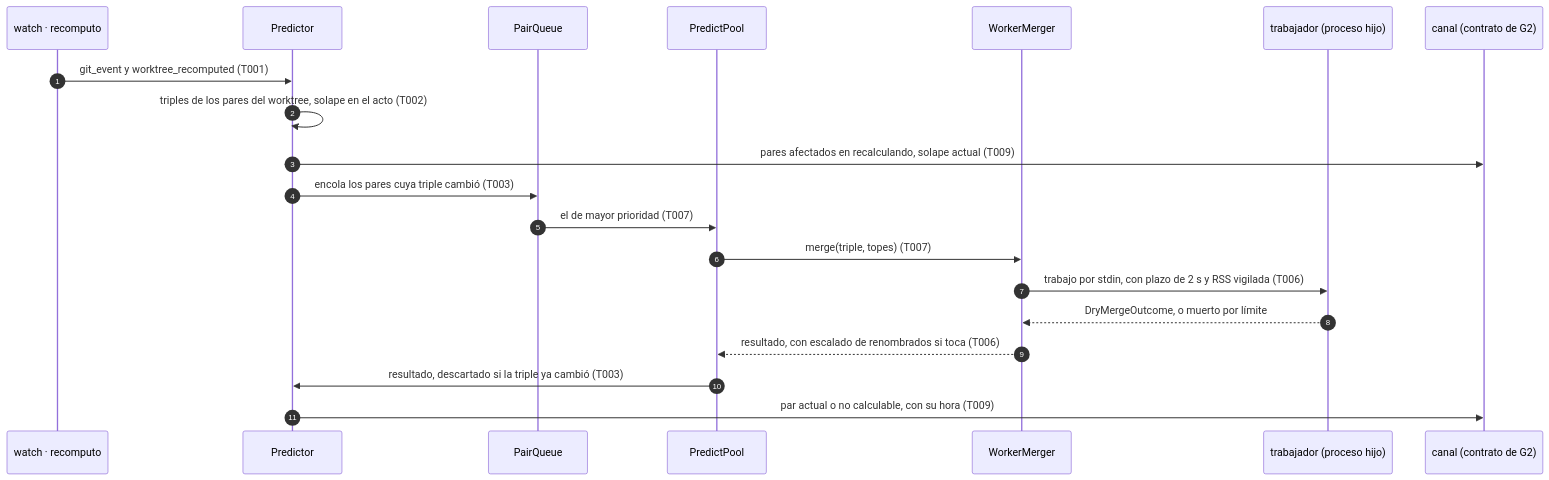
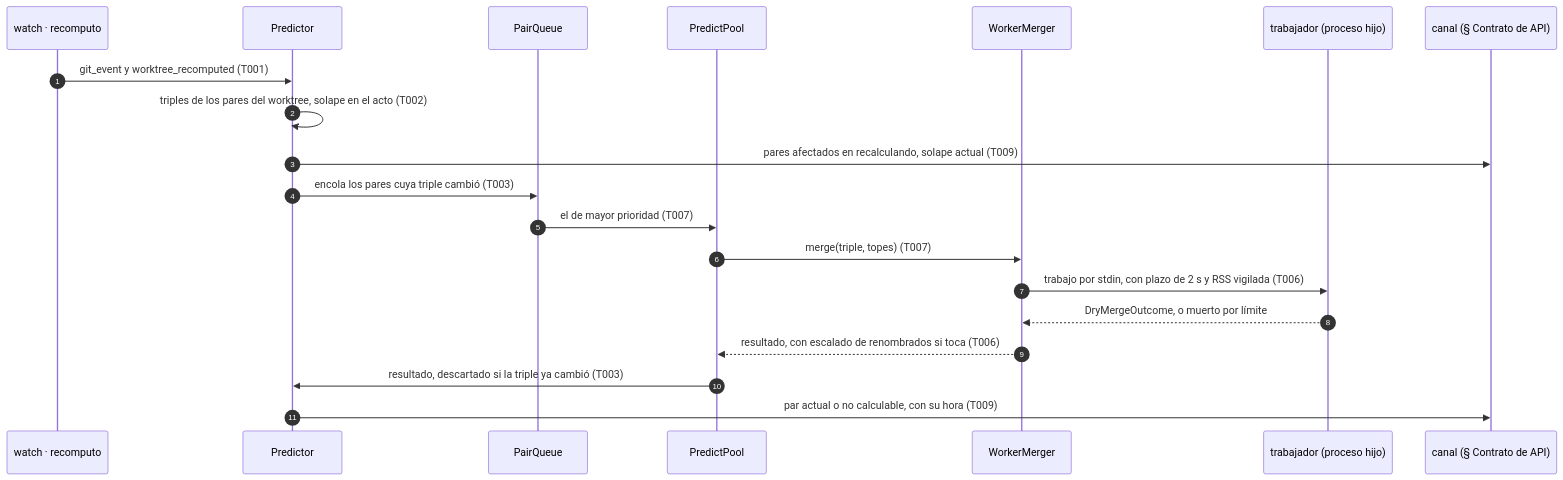
One commit to rbonillajr/gitRaptor changed the second of 4 diagrams in docs/requirements/features/cockpit/dev-specs/TS-CKP-001-predictor-conflictos.md. Above: the diagram before and after it, drawn with Mermaid. The commit also changed other lines of this file and 3 other files, not shown here.

````diff
--- a/docs/requirements/features/cockpit/dev-specs/TS-CKP-001-predictor-conflictos.md
+++ b/docs/requirements/features/cockpit/dev-specs/TS-CKP-001-predictor-conflictos.md
@@ -203,22 +211,22 @@
 ```mermaid
 sequenceDiagram
     autonumber
     participant W as watch · recomputo
     participant P as Predictor
     participant Q as PairQueue
     participant L as PredictPool
     participant M as WorkerMerger
     participant T as trabajador (proceso hijo)
-    participant C as canal (contrato de G2)
+    participant C as canal (§ Contrato de API)
     W->>P: git_event y worktree_recomputed (T001)
     P->>P: triples de los pares del worktree, solape en el acto (T002)
     P->>C: pares afectados en recalculando, solape actual (T009)
     P->>Q: encola los pares cuya triple cambió (T003)
     Q->>L: el de mayor prioridad (T007)
     L->>M: merge(triple, topes) (T007)
     M->>T: trabajo por stdin, con plazo de 2 s y RSS vigilada (T006)
     T-->>M: DryMergeOutcome, o muerto por límite
     M-->>L: resultado, con escalado de renombrados si toca (T006)
     L->>P: resultado, descartado si la triple ya cambió (T003)
     P->>C: par actual o no calculable, con su hora (T009)
 ```
````
